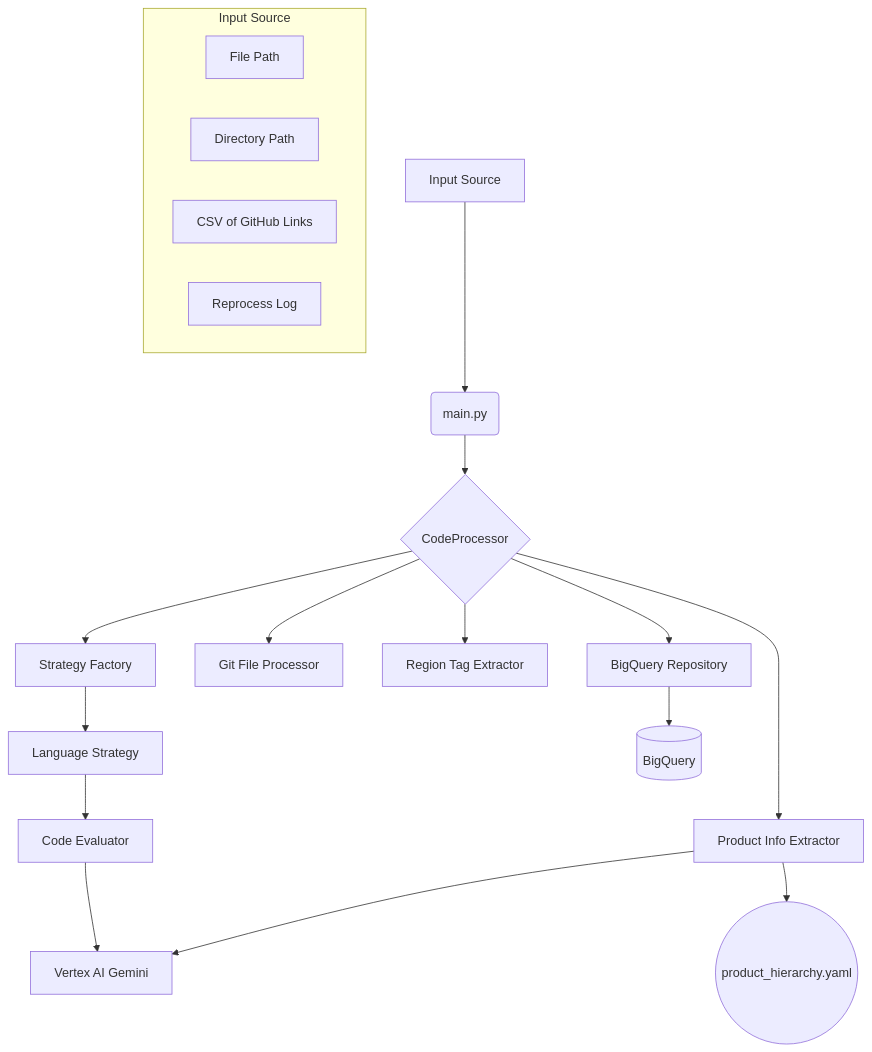
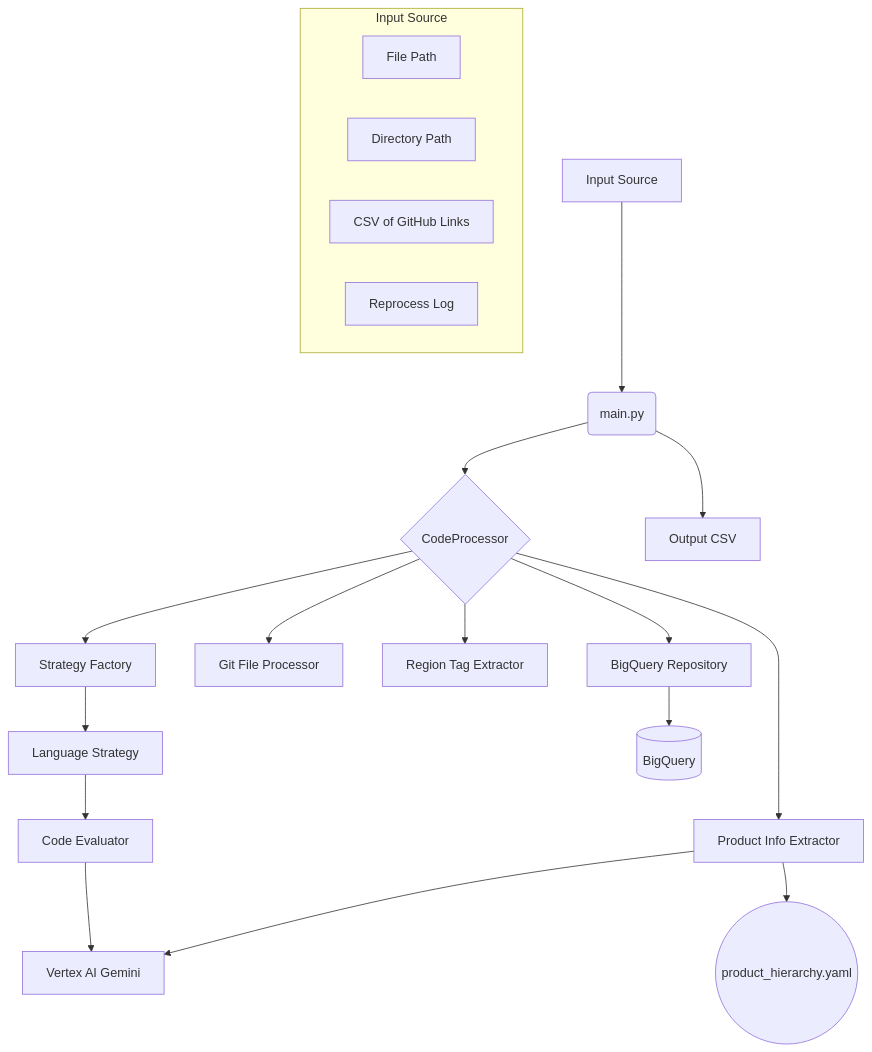
One commit to joeshirey/JSRepoAnalysis changed the first of 2 diagrams in docs/TECHNICAL_DESIGN.md. Above: the diagram before and after it, drawn with Mermaid. The commit also changed other lines of this file and 1 other file, not shown here.

````diff
--- a/docs/TECHNICAL_DESIGN.md
+++ b/docs/TECHNICAL_DESIGN.md
@@ -13,27 +13,29 @@
 ```mermaid
 graph TD
     A[Input Source] --> B(main.py);
     subgraph Input Source
         direction LR
         C1[File Path];
         C2[Directory Path];
         C3[CSV of GitHub Links];
         C4[Reprocess Log];
     end
 
     B --> F{CodeProcessor};
+    B --> O[Output CSV];
+
     F --> G[Strategy Factory];
     G --> H[Language Strategy];
     H --> I[Code Evaluator];
     I --> J[Vertex AI Gemini];
     
     F --> K[Git File Processor];
     F --> L[Region Tag Extractor];
     
     F --> P[Product Info Extractor];
     P --> Q((product_hierarchy.yaml));
     P --> J;
 
     F --> M[BigQuery Repository];
     M --> N[(BigQuery)];
 ```
````
